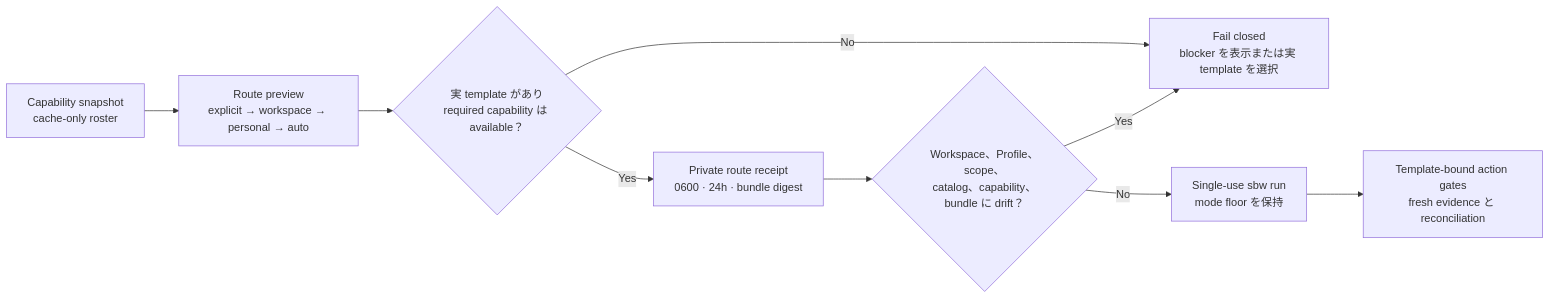
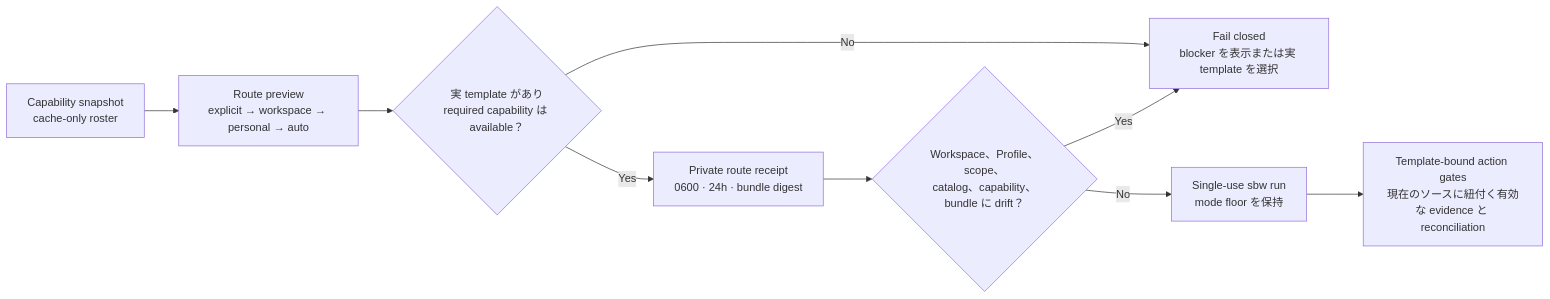
One commit to stephen-taipei/better-workflows changed the second of 4 diagrams in docs/details/ja.md. Above: the diagram before and after it, drawn with Mermaid. The commit also changed other lines of this file and 83 other files, not shown here.

````diff
--- a/docs/details/ja.md
+++ b/docs/details/ja.md
@@ -178,11 +178,11 @@
 ```mermaid
 flowchart LR
   A["Capability snapshot<br/>cache-only roster"] --> B["Route preview<br/>explicit → workspace → personal → auto"]
   B --> C{"実 template があり<br/>required capability は available？"}
   C -- "No" --> D["Fail closed<br/>blocker を表示または実 template を選択"]
   C -- "Yes" --> E["Private route receipt<br/>0600 · 24h · bundle digest"]
   E --> F{"Workspace、Profile、scope、<br/>catalog、capability、bundle に drift？"}
   F -- "Yes" --> D
   F -- "No" --> G["Single-use sbw run<br/>mode floor を保持"]
-  G --> H["Template-bound action gates<br/>fresh evidence と reconciliation"]
+  G --> H["Template-bound action gates<br/>現在のソースに紐付く有効な evidence と reconciliation"]
 ```
````
